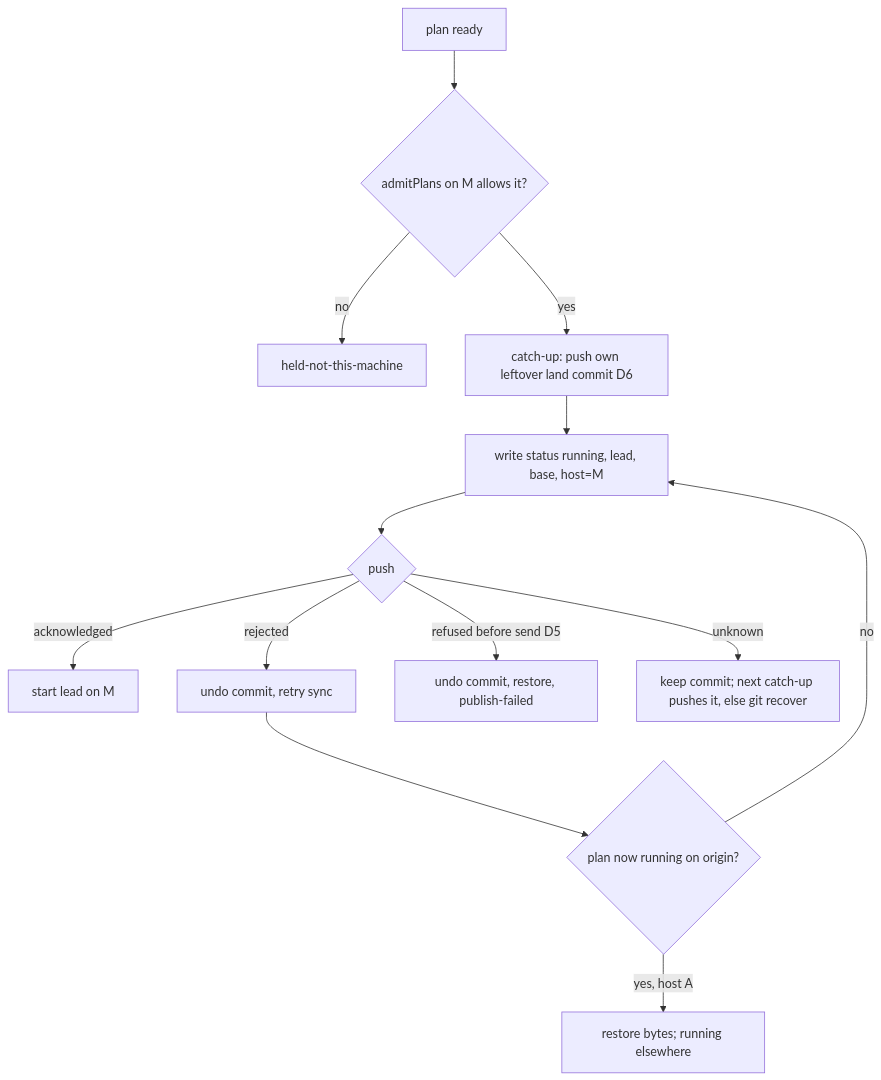
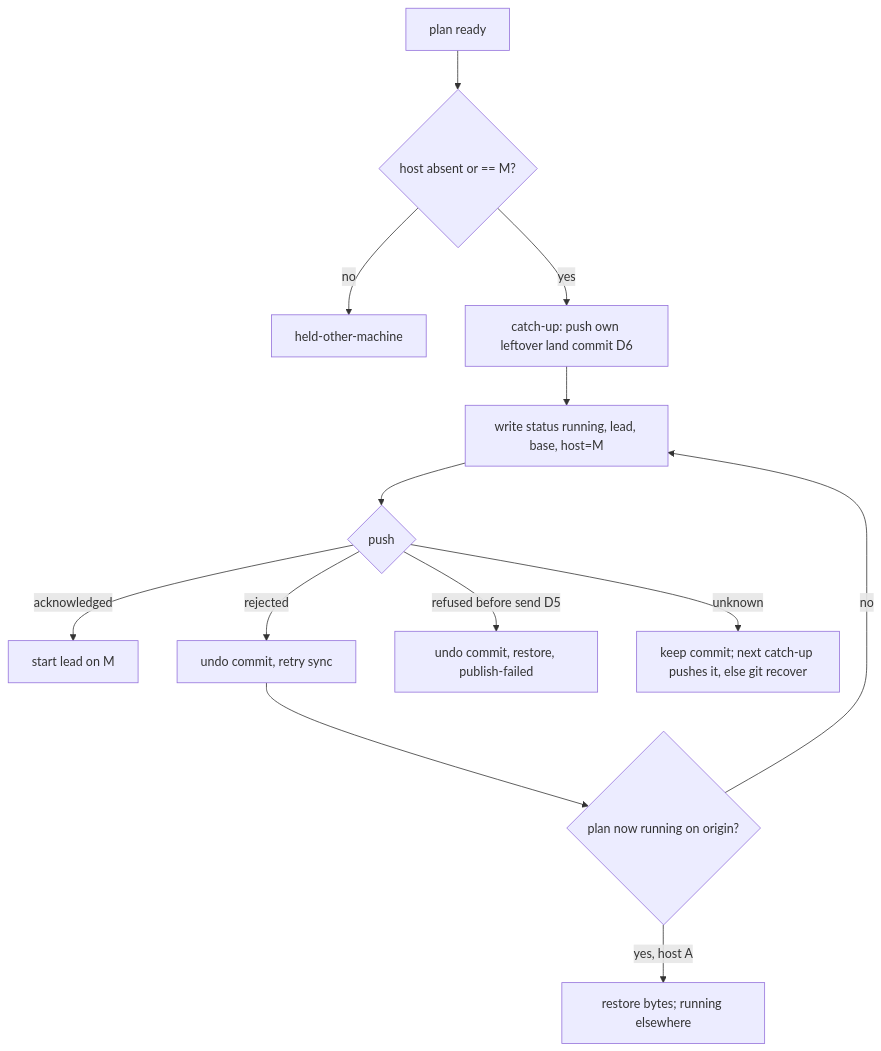
One commit to vantt/forgent changed the diagram in plans/discussions/ds-izibwo45vm-plan-claim-who-and-where/DISCUSSION.md. Above: the diagram before and after it, drawn with Mermaid. The commit also changed other lines of this file, not shown here.

Commit message:
discussion(plan-claim): placement moves to the plan's own host field, no per-machine allow-list

````diff
--- a/plans/discussions/ds-izibwo45vm-plan-claim-who-and-where/DISCUSSION.md
+++ b/plans/discussions/ds-izibwo45vm-plan-claim-who-and-where/DISCUSSION.md
@@ -148,15 +170,15 @@
 ```mermaid
 flowchart TD
-  R[plan ready] --> F{admitPlans on M allows it?}
-  F -- no --> H1[held-not-this-machine]
+  R[plan ready] --> F{host absent or == M?}
+  F -- no --> H1[held-other-machine]
   F -- yes --> C[catch-up: push own leftover land commit D6]
   C --> W[write status running, lead, base, host=M]
   W --> P{push}
   P -- acknowledged --> L[start lead on M]
   P -- rejected --> U[undo commit, retry sync]
   U --> O{plan now running on origin?}
   O -- yes, host A --> X[restore bytes; running elsewhere]
   O -- no --> W
   P -- refused before send D5 --> U2[undo commit, restore, publish-failed]
   P -- unknown --> K[keep commit; next catch-up pushes it, else git recover]
 ```
````
